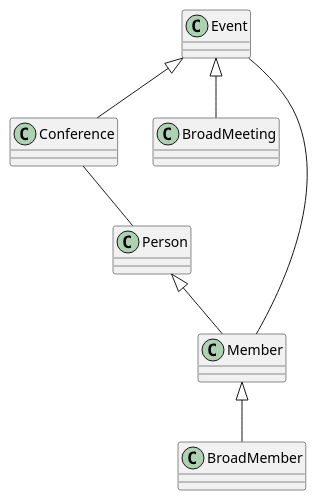
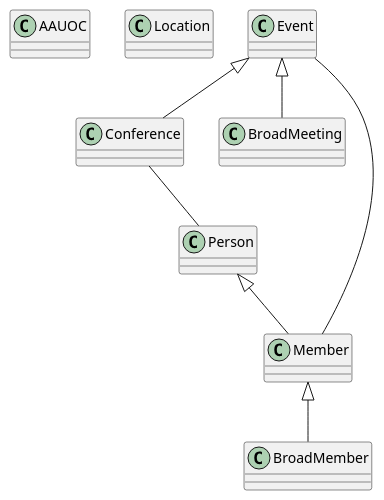
One commit to CorazaNegra/UMLClasesFSP changed the diagram in Practica_Diagramas_UML.puml. Above: the diagram before and after it, drawn with PlantUML.

Commit message:
creación clases AAUOC y Location

```diff
--- a/Practica_Diagramas_UML.puml
+++ b/Practica_Diagramas_UML.puml
@@ -1,34 +1,42 @@
 @startuml
+
+class AAUOC{
+
+}
+
+class Location{
+
+}
 
 class Event{
 
 }
 
 class Conference{
 
 }
 
 class BroadMeeting{
 
 }
 
 class Person{
 
 }
 
 class Member{
 
 }
 
 class BroadMember{
 
 }
 
 Event <|-- Conference
 Event <|-- BroadMeeting
 Person <|-- Member
 Member <|-- BroadMember
 Event -- Member
 Conference -- Person
 
 @enduml
```
